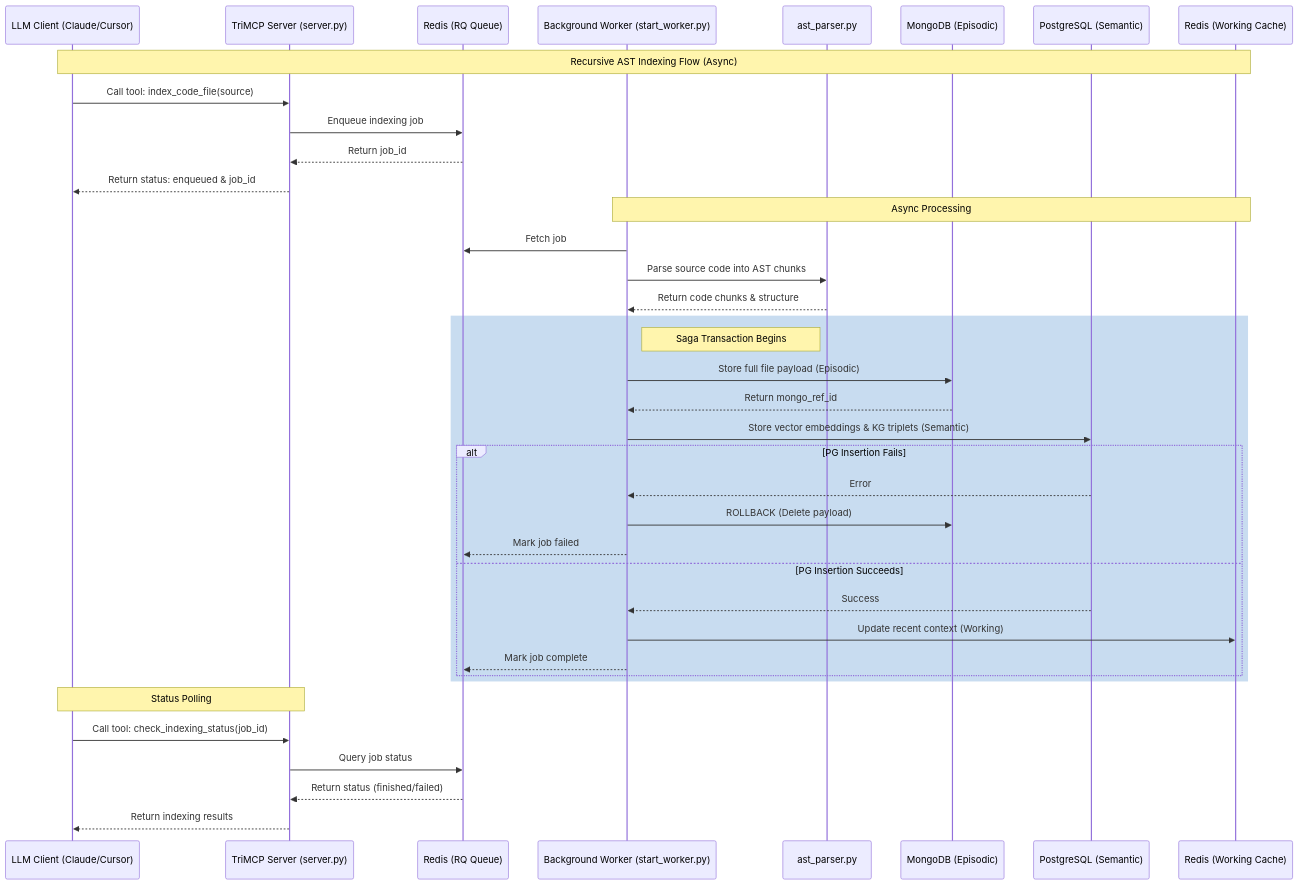
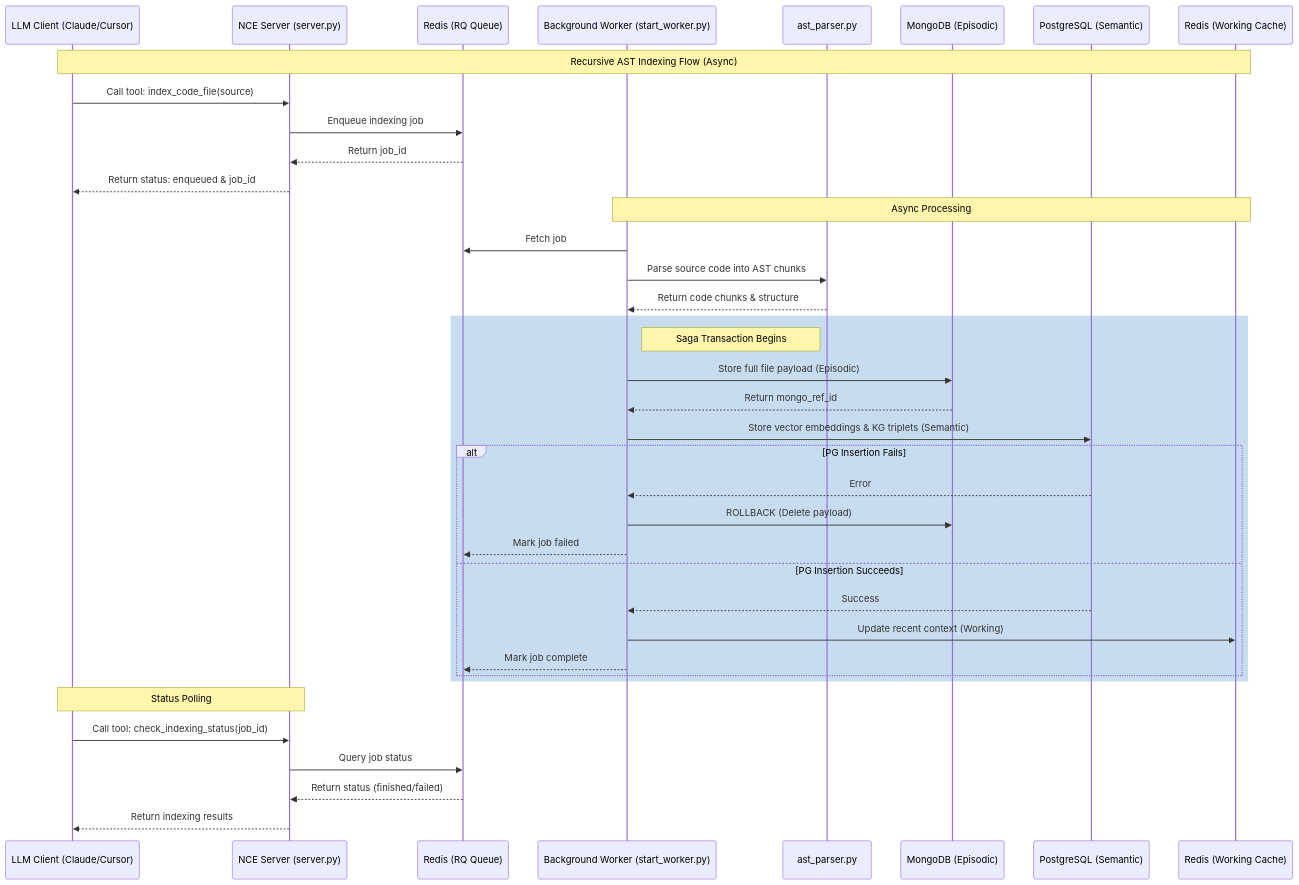
One commit to sindrehaugen/TriMCP changed the diagram in docs/recursive_indexing_flow.md. Above: the diagram before and after it, drawn with Mermaid. The commit also changed other lines of this file and 498 other files, not shown here.

First line of the commit message:
Rebrand TriMCP → NCE (Neuro-Cognitive Engine) Phase 1

````diff
--- a/docs/recursive_indexing_flow.md
+++ b/docs/recursive_indexing_flow.md
@@ -11,45 +11,45 @@
 ```mermaid
 sequenceDiagram
     participant LLM as LLM Client (Claude/Cursor)
-    participant MCP as TriMCP Server (server.py)
+    participant MCP as NCE Server (server.py)
     participant RedisQ as Redis (RQ Queue)
     participant Worker as Background Worker (start_worker.py)
     participant AST as ast_parser.py
     participant Mongo as MongoDB (Episodic)
     participant PG as PostgreSQL (Semantic)
     participant Redis as Redis (Working Cache)
 
     Note over LLM, Redis: Recursive AST Indexing Flow (Async)
     LLM->>MCP: Call tool: index_code_file(source)
     MCP->>RedisQ: Enqueue indexing job
     RedisQ-->>MCP: Return job_id
     MCP-->>LLM: Return status: enqueued & job_id
     
     Note over Worker, Redis: Async Processing
     Worker->>RedisQ: Fetch job
     Worker->>AST: Parse source code into AST chunks
     AST-->>Worker: Return code chunks & structure
     
     rect rgb(200, 220, 240)
         Note right of Worker: Saga Transaction Begins
         Worker->>Mongo: Store full file payload (Episodic)
         Mongo-->>Worker: Return mongo_ref_id
         
         Worker->>PG: Store vector embeddings & KG triplets (Semantic)
         alt PG Insertion Fails
             PG-->>Worker: Error
             Worker->>Mongo: ROLLBACK (Delete payload)
             Worker-->>RedisQ: Mark job failed
         else PG Insertion Succeeds
             PG-->>Worker: Success
             Worker->>Redis: Update recent context (Working)
             Worker-->>RedisQ: Mark job complete
         end
     end
     
     Note over LLM, MCP: Status Polling
     LLM->>MCP: Call tool: check_indexing_status(job_id)
     MCP->>RedisQ: Query job status
     RedisQ-->>MCP: Return status (finished/failed)
     MCP-->>LLM: Return indexing results
 ```
````
